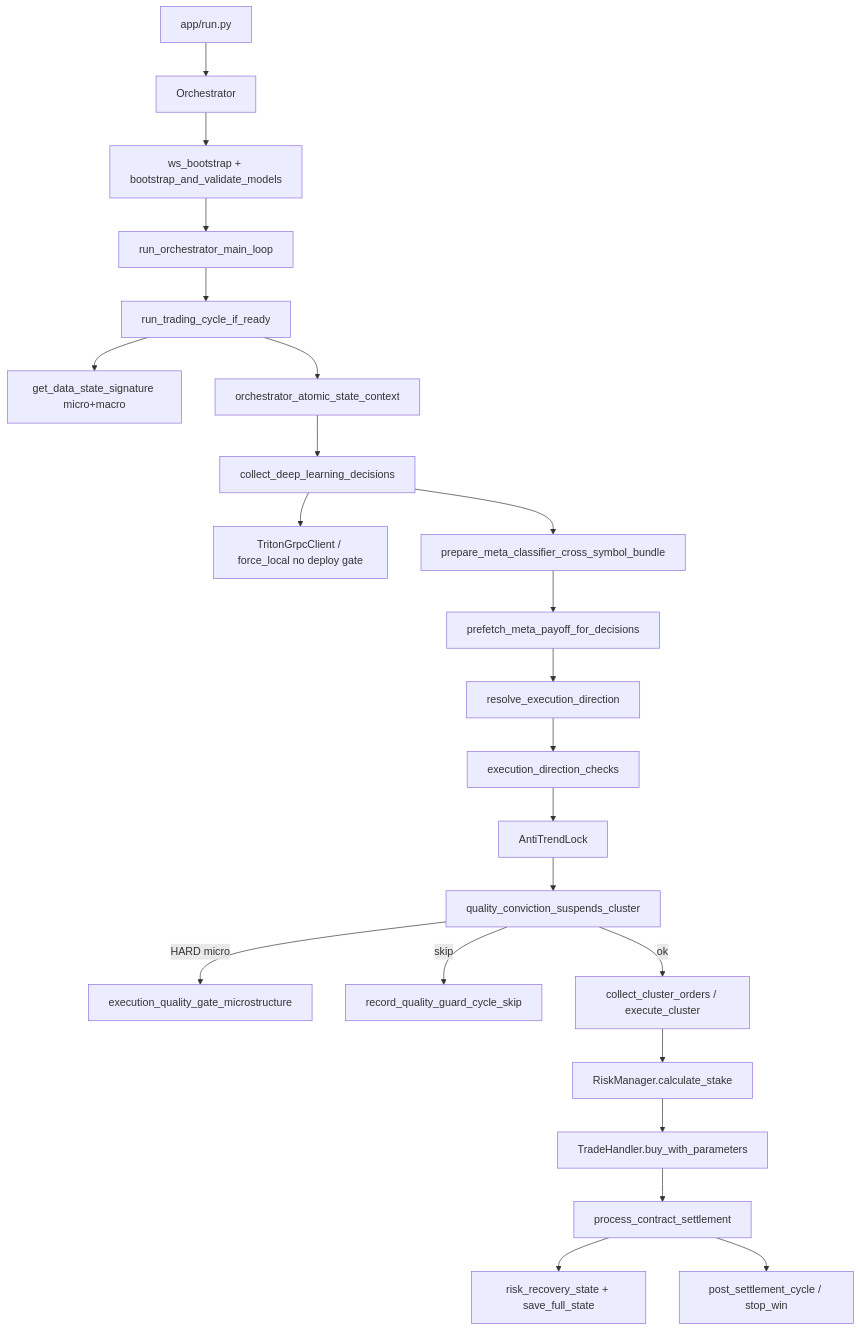
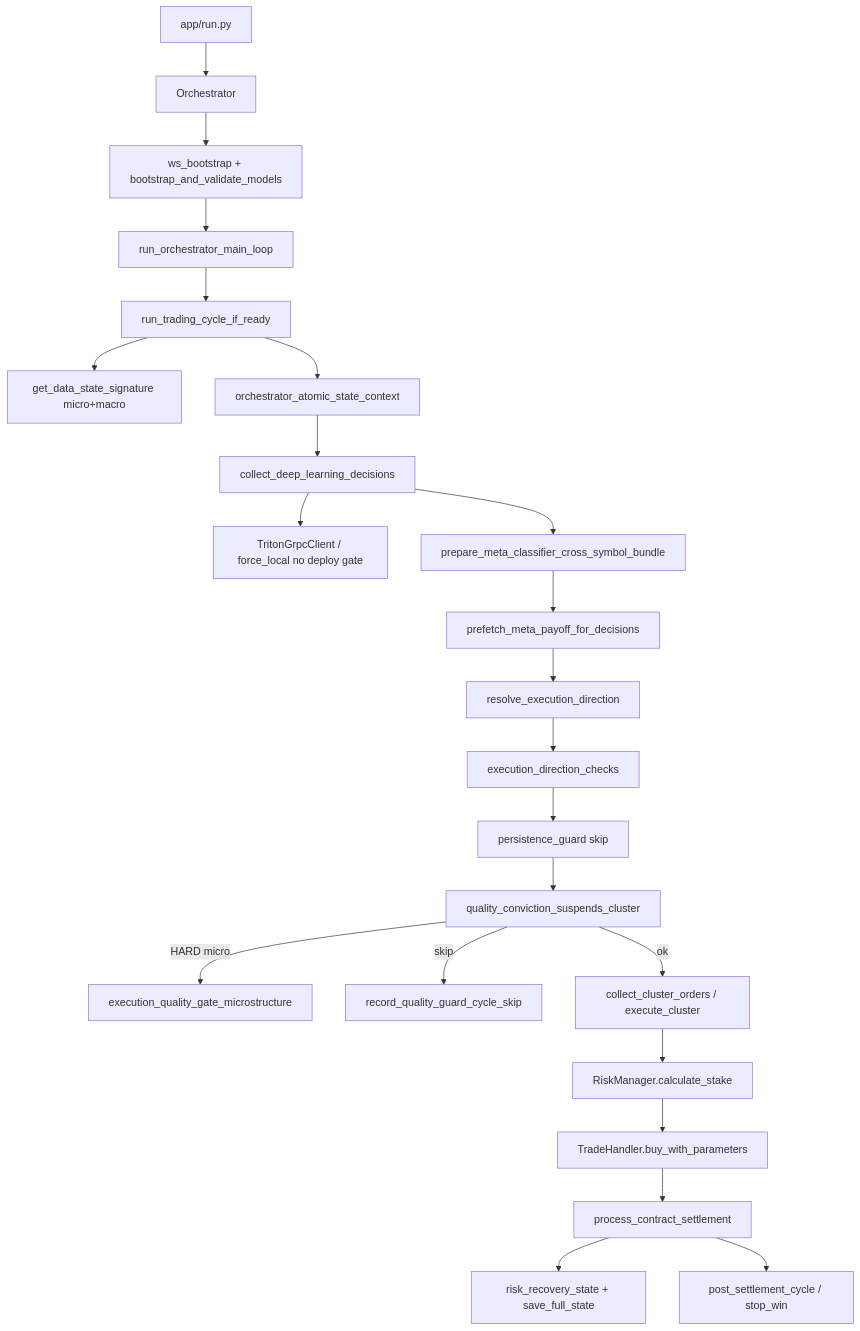
One commit to victorh-silveira/aether-quantum-engine changed the first of 3 diagrams in docs/arquitetura.md. Above: the diagram before and after it, drawn with Mermaid. The commit also changed other lines of this file and 110 other files, not shown here.

````diff
--- a/docs/arquitetura.md
+++ b/docs/arquitetura.md
@@ -77,25 +77,25 @@
 ```mermaid
 flowchart TD
   RUN[app/run.py] --> ORCH[Orchestrator]
   ORCH --> BOOT[ws_bootstrap + bootstrap_and_validate_models]
   BOOT --> LOOP[run_orchestrator_main_loop]
   LOOP --> TC[run_trading_cycle_if_ready]
   TC --> SIG[get_data_state_signature micro+macro]
   TC --> LOCK[orchestrator_atomic_state_context]
   LOCK --> DL[collect_deep_learning_decisions]
   DL --> TRI[TritonGrpcClient / force_local no deploy gate]
   DL --> BUNDLE[prepare_meta_classifier_cross_symbol_bundle]
   BUNDLE --> META[prefetch_meta_payoff_for_decisions]
   META --> RES[resolve_execution_direction]
   RES --> CHK[execution_direction_checks]
-  CHK --> ATL[AntiTrendLock]
+  CHK --> ATL[persistence_guard skip]
   ATL --> QG[quality_conviction_suspends_cluster]
   QG -->|HARD micro| MICRO[execution_quality_gate_microstructure]
   QG -->|skip| STV[record_quality_guard_cycle_skip]
   QG -->|ok| COL[collect_cluster_orders / execute_cluster]
   COL --> RM[RiskManager.calculate_stake]
   RM --> TH[TradeHandler.buy_with_parameters]
   TH --> SET[process_contract_settlement]
   SET --> RSC[risk_recovery_state + save_full_state]
   SET --> PSC[post_settlement_cycle / stop_win]
 ```
````
